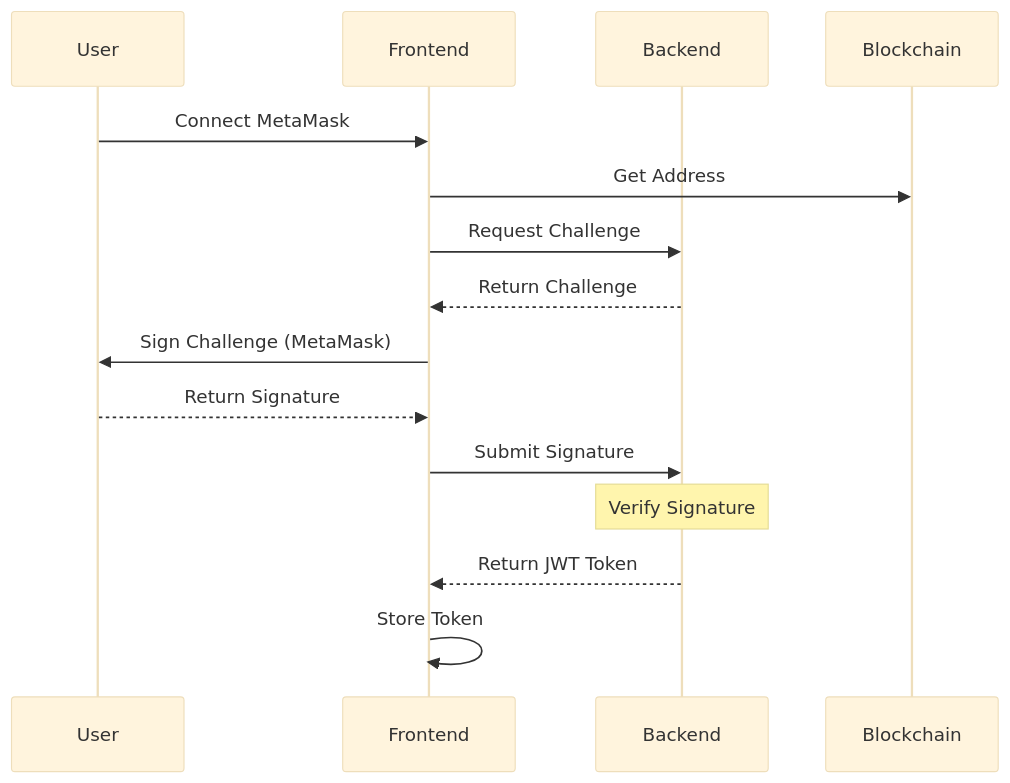
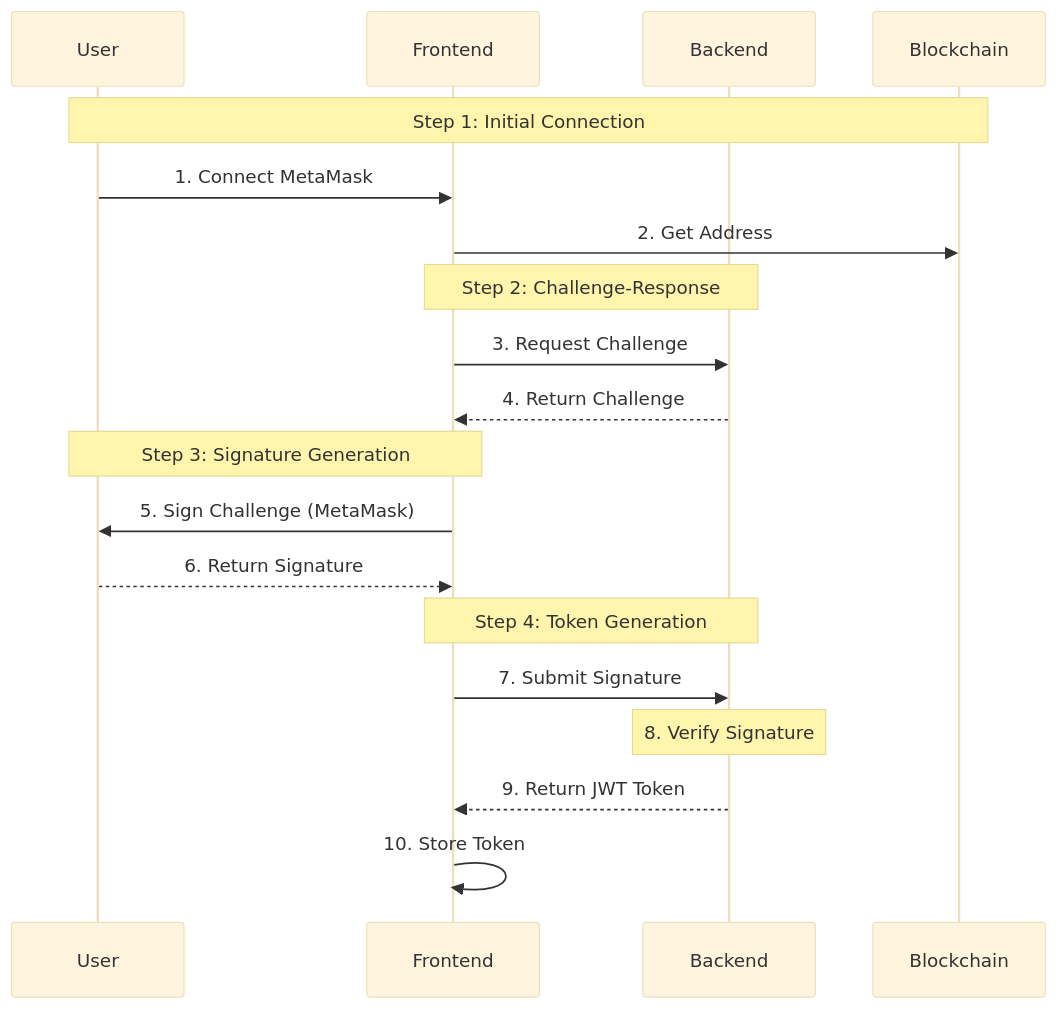
The first of 3 diagrams in JWT_AUTH.md (0xneobyte/ZKPhealth), drawn with Mermaid (base theme) before and after one commit. The commit also changed other lines of this file, not shown here.

Commit message:
update JWT Auth DOC

````diff
--- a/JWT_AUTH.md
+++ b/JWT_AUTH.md
@@ -5,18 +5,25 @@
 ```mermaid
 sequenceDiagram
     participant User
     participant Frontend
     participant Backend
     participant Blockchain
     
-    User->>Frontend: Connect MetaMask
-    Frontend->>Blockchain: Get Address
-    Frontend->>Backend: Request Challenge
-    Backend-->>Frontend: Return Challenge
-    Frontend->>User: Sign Challenge (MetaMask)
-    User-->>Frontend: Return Signature
-    Frontend->>Backend: Submit Signature
-    Note over Backend: Verify Signature
-    Backend-->>Frontend: Return JWT Token
-    Frontend->>Frontend: Store Token
+    Note over User,Blockchain: Step 1: Initial Connection
+    User->>Frontend: 1. Connect MetaMask
+    Frontend->>Blockchain: 2. Get Address
+    
+    Note over Frontend,Backend: Step 2: Challenge-Response
+    Frontend->>Backend: 3. Request Challenge
+    Backend-->>Frontend: 4. Return Challenge
+    
+    Note over User,Frontend: Step 3: Signature Generation
+    Frontend->>User: 5. Sign Challenge (MetaMask)
+    User-->>Frontend: 6. Return Signature
+    
+    Note over Frontend,Backend: Step 4: Token Generation
+    Frontend->>Backend: 7. Submit Signature
+    Note over Backend: 8. Verify Signature
+    Backend-->>Frontend: 9. Return JWT Token
+    Frontend->>Frontend: 10. Store Token
 ```
````
